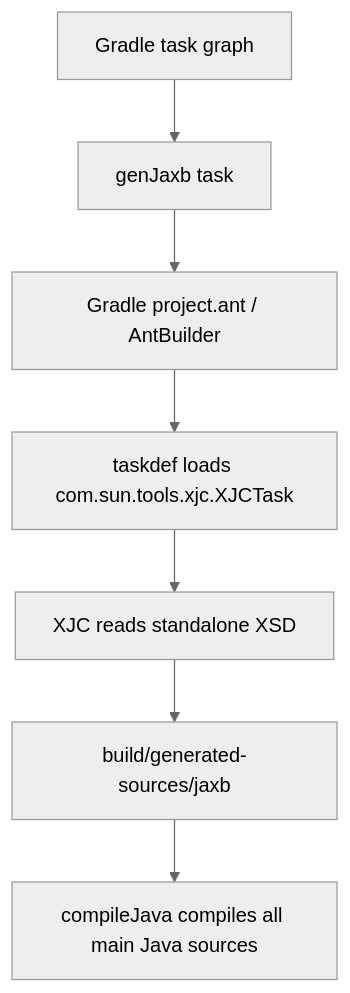
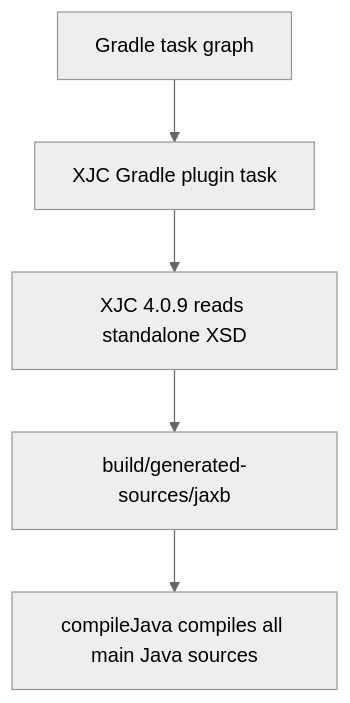
The seventh of 9 diagrams in docs/SOAP_WSDL_XSD_JAXB_ANT_GRADLE_GUIDE.md (mohamedashfaq01/spring-boot-jaxb-ant-codegen), drawn with Mermaid (neutral theme) before and after one commit. The commit also changed other lines of this file and 74 other files, not shown here.

Commit message:
Remove obsolete files and migrate to Gradle XJC plugin for JAXB generation

````diff
--- a/docs/SOAP_WSDL_XSD_JAXB_ANT_GRADLE_GUIDE.md
+++ b/docs/SOAP_WSDL_XSD_JAXB_ANT_GRADLE_GUIDE.md
@@ -387,9 +387,7 @@
 ```mermaid
 flowchart TD
-    Start[Gradle task graph] --> Gen[genJaxb task]
-    Gen --> Ant[Gradle project.ant / AntBuilder]
-    Ant --> Def[taskdef loads com.sun.tools.xjc.XJCTask]
-    Def --> XJC[XJC reads standalone XSD]
+    Start[Gradle task graph] --> Plugin[XJC Gradle plugin task]
+    Plugin --> XJC[XJC 4.0.9 reads standalone XSD]
     XJC --> Sources[build/generated-sources/jaxb]
     Sources --> Compile[compileJava compiles all main Java sources]
 ```
````
